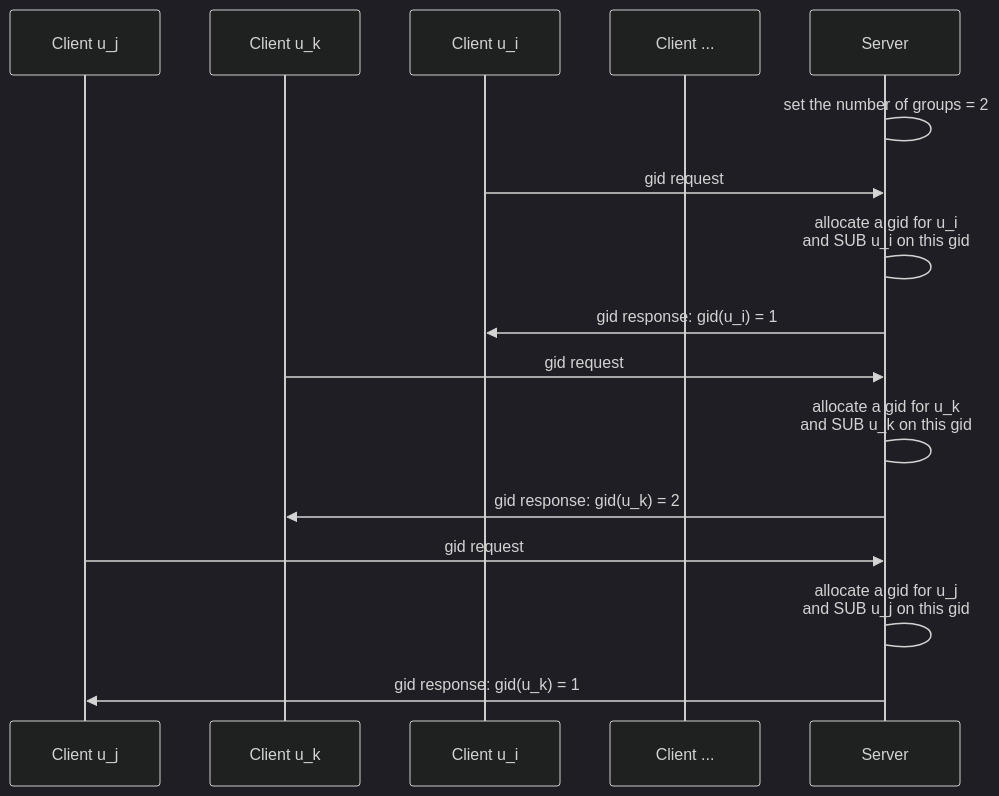
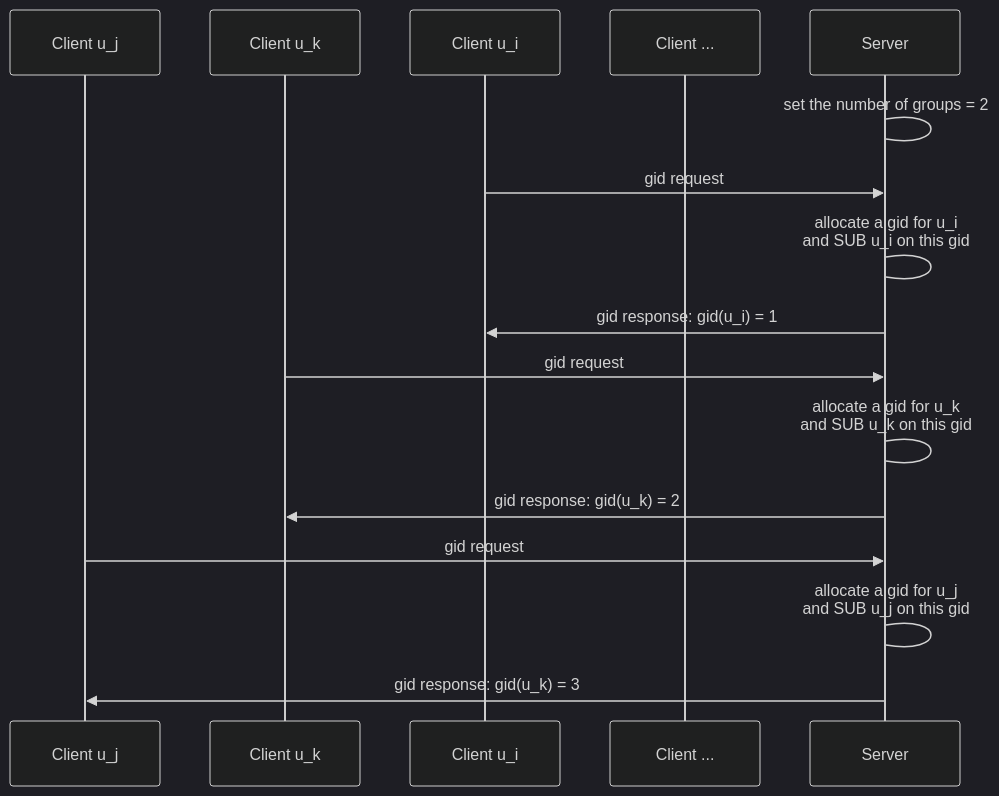
One commit to fgh1999/FedTruthFinderImpl changed the seventh of 7 diagrams in process description/process description.md. Above: the diagram before and after it, drawn with Mermaid (dark theme). The commit also changed other lines of this file, not shown here.

Commit message:
[bug]fix the sequence diagram of leader-board initialization

````diff
--- a/process description/process description.md
+++ b/process description/process description.md
@@ -406,22 +396,22 @@
 ```mermaid
 sequenceDiagram
 participant Cj as Client u_j
 participant Ck as Client u_k
 participant Ci as Client u_i
 participant Cother as Client ...
 participant S as Server
 
 S->S: set the number of groups = 2
 
 Ci->>S: gid request
 S->S: allocate a gid for u_i <br>and SUB u_i on this gid
 S->>Ci: gid response: gid(u_i) = 1
 
 Ck->>S: gid request
 S->S: allocate a gid for u_k <br>and SUB u_k on this gid
 S->>Ck: gid response: gid(u_k) = 2
 
 Cj->>S: gid request
 S->S: allocate a gid for u_j <br>and SUB u_j on this gid
-S->>Cj: gid response: gid(u_k) = 1
+S->>Cj: gid response: gid(u_k) = 3
 ```
````
